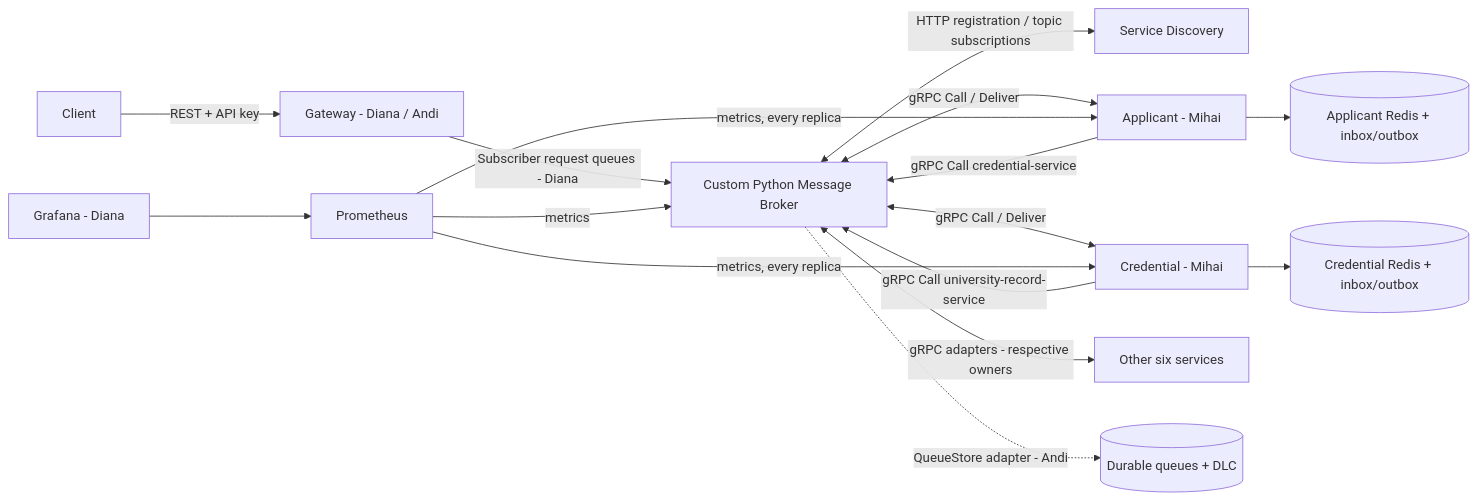
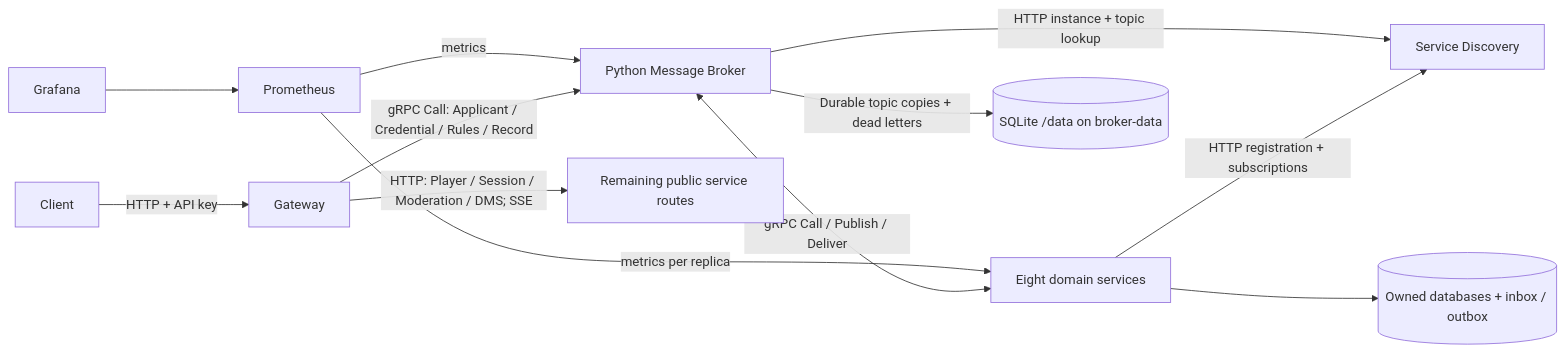
The diagram in docs/architecture-diagram-lab4.mmd (caramisca/cpr-pad-team-19), drawn with Mermaid before and after one commit. The commit also changed 10 other files, not shown here.

```diff
--- a/docs/architecture-diagram-lab4.mmd
+++ b/docs/architecture-diagram-lab4.mmd
@@ -1,16 +1,12 @@
 flowchart LR
-  UI[Client] -->|REST + API key| GW[Gateway - Diana / Andi]
-  GW -->|Subscriber request queues - Diana| MB[Custom Python Message Broker]
-  MB <-->|HTTP registration / topic subscriptions| SD[Service Discovery]
-  MB <-->|gRPC Call / Deliver| APP[Applicant - Mihai]
-  MB <-->|gRPC Call / Deliver| CRED[Credential - Mihai]
-  APP -->|gRPC Call credential-service| MB
-  CRED -->|gRPC Call university-record-service| MB
-  MB <-->|gRPC adapters - respective owners| OTHER[Other six services]
-  APP --> AR[(Applicant Redis + inbox/outbox)]
-  CRED --> CR[(Credential Redis + inbox/outbox)]
-  MB -.->|QueueStore adapter - Andi| DQ[(Durable queues + DLC)]
-  PROM[Prometheus] -->|metrics, every replica| APP
-  PROM -->|metrics, every replica| CRED
+  UI[Client] -->|HTTP + API key| GW[Gateway]
+  GW -->|gRPC Call: Applicant / Credential / Rules / Record| MB[Python Message Broker]
+  GW -->|HTTP: Player / Session / Moderation / DMS; SSE| HTTP[Remaining public service routes]
+  MB <-->|gRPC Call / Publish / Deliver| DOMAIN[Eight domain services]
+  DOMAIN -->|HTTP registration + subscriptions| SD[Service Discovery]
+  MB -->|HTTP instance + topic lookup| SD
+  MB -->|Durable topic copies + dead letters| STORE[(SQLite /data on broker-data)]
+  DOMAIN --> DATA[(Owned databases + inbox / outbox)]
+  PROM[Prometheus] -->|metrics per replica| DOMAIN
   PROM -->|metrics| MB
-  GRAF[Grafana - Diana] --> PROM
+  GRAF[Grafana] --> PROM
```
